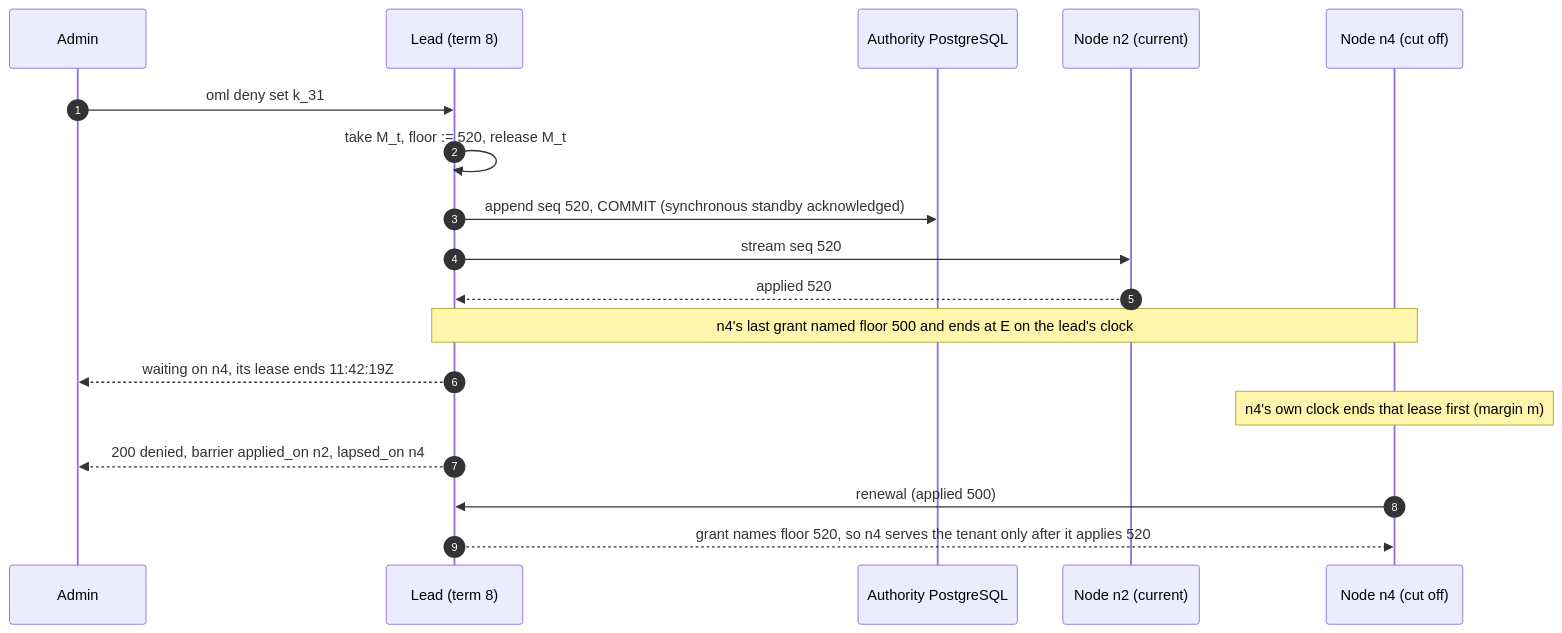
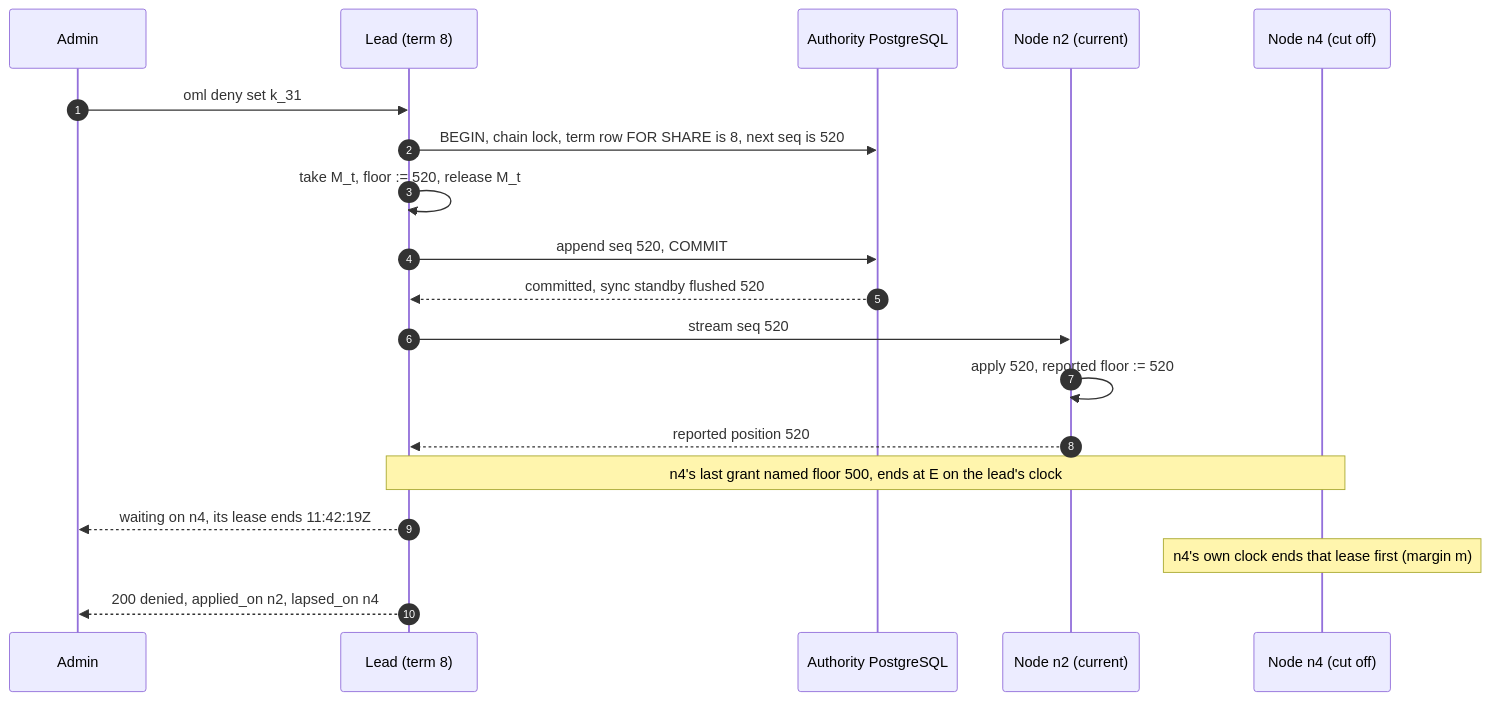
The second of 4 diagrams in docs/adr/ADR-0073-a-leader-signs-every-write-and-nodes-serve-the-workareas-placed-on-them-each-read-routed-to-the-closest-less-busy-replica-fresh-enough-for-it.md (e8kor/open-memory-lab), drawn with Mermaid before and after one commit. The commit also changed other lines of this file and 3 other files, not shown here.

````diff
--- a/docs/adr/ADR-0073-a-leader-signs-every-write-and-nodes-serve-the-workareas-placed-on-them-each-read-routed-to-the-closest-less-busy-replica-fresh-enough-for-it.md
+++ b/docs/adr/ADR-0073-a-leader-signs-every-write-and-nodes-serve-the-workareas-placed-on-them-each-read-routed-to-the-closest-less-busy-replica-fresh-enough-for-it.md
@@ -756,20 +483,21 @@
 ```mermaid
 sequenceDiagram
     autonumber
     participant Ad as Admin
     participant L as Lead (term 8)
     participant DB as Authority PostgreSQL
     participant N2 as Node n2 (current)
     participant N4 as Node n4 (cut off)
     Ad->>L: oml deny set k_31
+    L->>DB: BEGIN, chain lock, term row FOR SHARE is 8, next seq is 520
     L->>L: take M_t, floor := 520, release M_t
-    L->>DB: append seq 520, COMMIT (synchronous standby acknowledged)
+    L->>DB: append seq 520, COMMIT
+    DB-->>L: committed, sync standby flushed 520
     L->>N2: stream seq 520
-    N2-->>L: applied 520
-    Note over L,N4: n4's last grant named floor 500 and ends at E on the lead's clock
+    N2->>N2: apply 520, reported floor := 520
+    N2-->>L: reported position 520
+    Note over L,N4: n4's last grant named floor 500, ends at E on the lead's clock
     L-->>Ad: waiting on n4, its lease ends 11:42:19Z
     Note over N4: n4's own clock ends that lease first (margin m)
-    L-->>Ad: 200 denied, barrier applied_on n2, lapsed_on n4
-    N4->>L: renewal (applied 500)
-    L-->>N4: grant names floor 520, so n4 serves the tenant only after it applies 520
+    L-->>Ad: 200 denied, applied_on n2, lapsed_on n4
 ```
````
